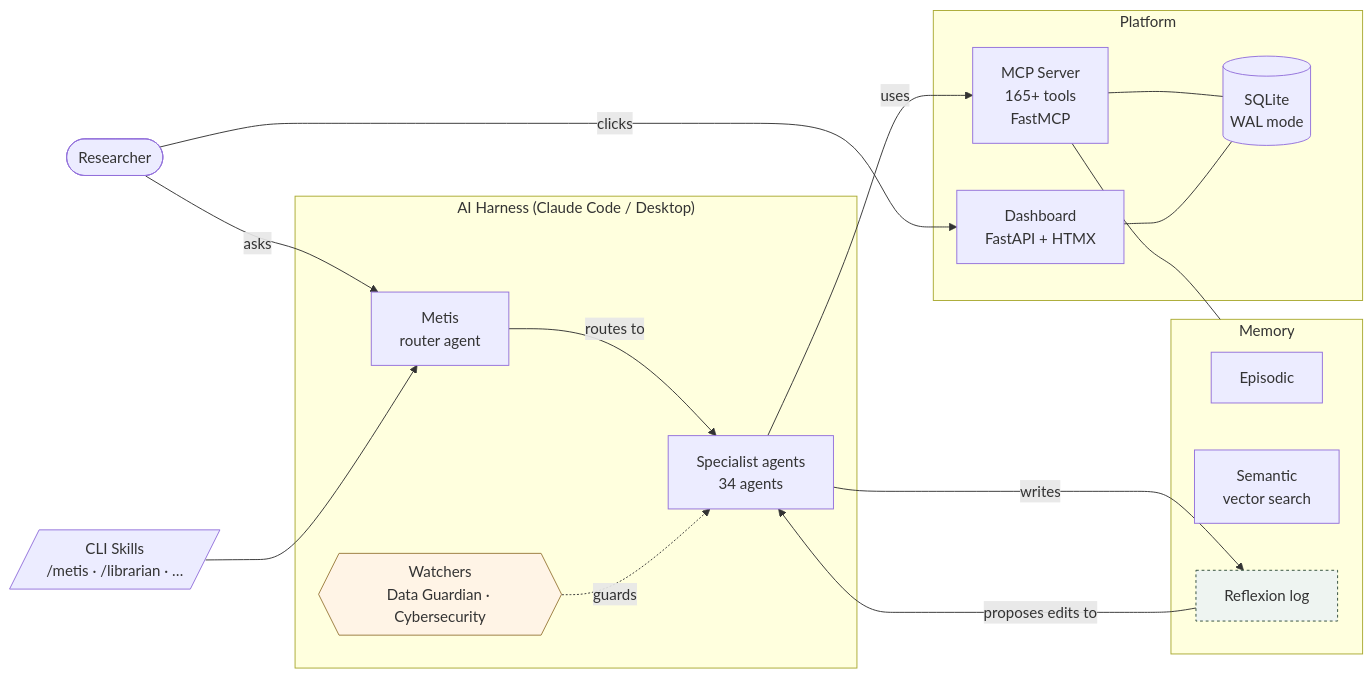
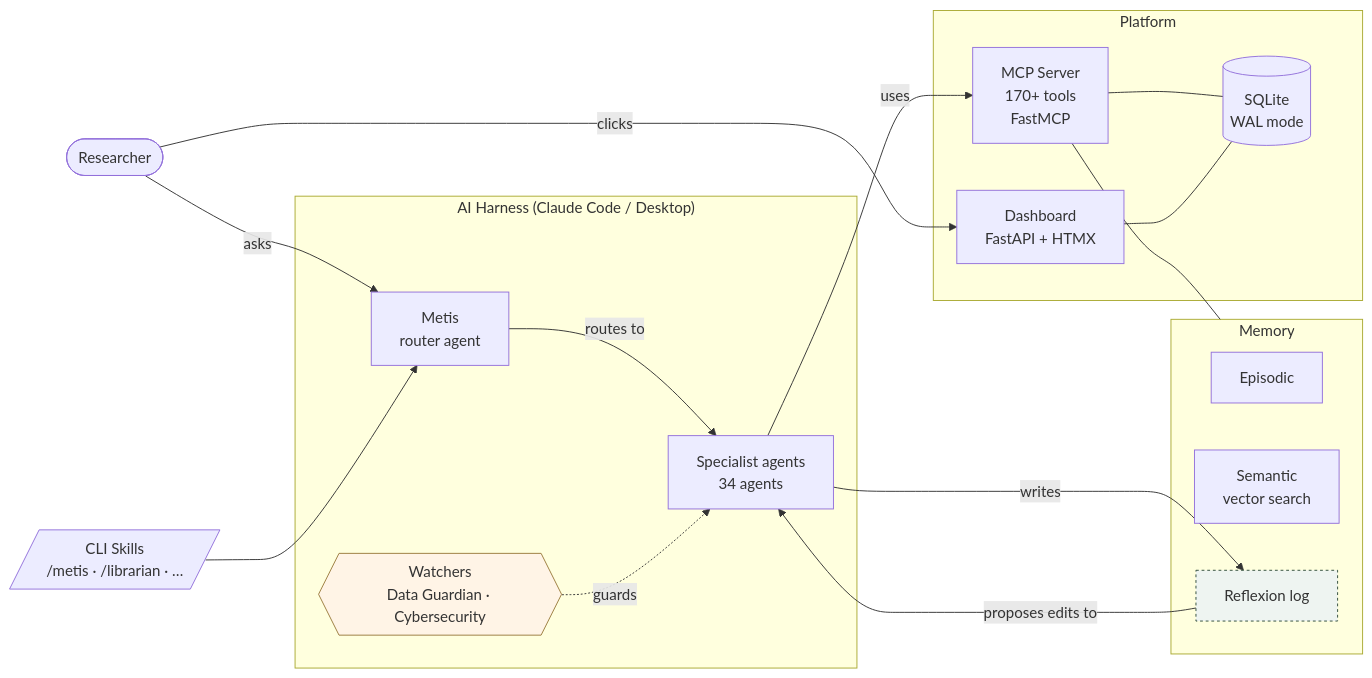
One commit to SVerITG/Metis changed the diagram in README.md. Above: the diagram before and after it, drawn with Mermaid. The commit also changed other lines of this file and 4 other files, not shown here.

First line of the commit message:
feat(mcp): activate tool subset loading by default — 170+ → ~90 tools per session

````diff
--- a/README.md
+++ b/README.md
@@ -361,35 +362,35 @@
 ```mermaid
 flowchart LR
     U([Researcher])
     subgraph Harness["AI Harness (Claude Code / Desktop)"]
         METIS[Metis\nrouter agent]
         AGENTS[Specialist agents\n34 agents]
         WATCHERS{{Watchers\nData Guardian · Cybersecurity}}
     end
     subgraph Platform
-        MCP[MCP Server\n165+ tools\nFastMCP]
+        MCP[MCP Server\n170+ tools\nFastMCP]
         DASH[Dashboard\nFastAPI + HTMX]
         DB[(SQLite\nWAL mode)]
     end
     subgraph Memory
         EPIS[Episodic]
         SEM[Semantic\nvector search]
         REFLEX[Reflexion log]
     end
     Skills[/CLI Skills\n/metis · /librarian · …/]
 
     U -->|asks| METIS
     U -->|clicks| DASH
     METIS -->|routes to| AGENTS
     AGENTS -->|uses| MCP
     MCP --- DB
     DASH --- DB
     WATCHERS -.guards.-> AGENTS
     AGENTS -->|writes| REFLEX
     REFLEX -->|proposes edits to| AGENTS
     MCP --- Memory
     Skills --> METIS
 
     style WATCHERS fill:#fff4e6,stroke:#9a7b3c
     style REFLEX fill:#eef4f1,stroke:#2d4a3a,stroke-dasharray:3 3
 ```
````
